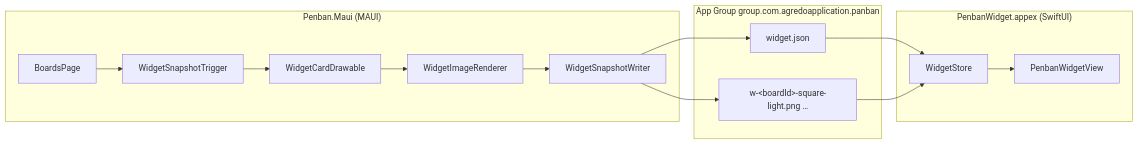
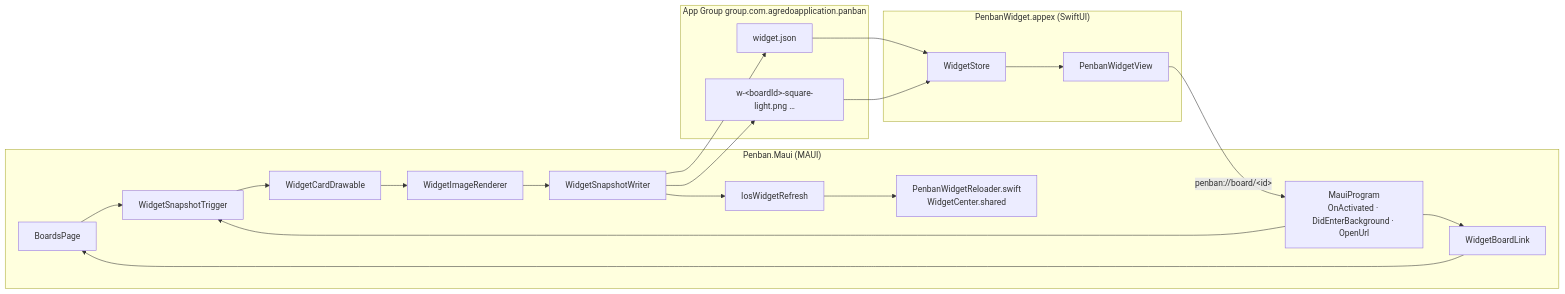
Before and after one commit to Agredo/Penban: the diagram in Penban/Penban.Widget.iOS/README.md, drawn with Mermaid. The commit also changed other lines of this file and 15 other files, not shown here.

````diff
--- a/Penban/Penban.Widget.iOS/README.md
+++ b/Penban/Penban.Widget.iOS/README.md
@@ -9,20 +9,28 @@
 ```mermaid
 flowchart LR
     subgraph App["Penban.Maui (MAUI)"]
-        A[BoardsPage] --> B[WidgetSnapshotTrigger]
+        A[BoardsPage]
+        L["MauiProgram<br/>OnActivated · DidEnterBackground · OpenUrl"]
+        A --> B[WidgetSnapshotTrigger]
+        L --> B
+        L --> U[WidgetBoardLink]
+        U --> A
         B --> C[WidgetCardDrawable]
         C --> D[WidgetImageRenderer]
         D --> E[WidgetSnapshotWriter]
+        E --> R[IosWidgetRefresh]
+        R --> S["PenbanWidgetReloader.swift<br/>WidgetCenter.shared"]
     end
     subgraph Group["App Group group.com.agredoapplication.panban"]
         F[widget.json]
         G["w-&lt;boardId&gt;-square-light.png …"]
     end
     subgraph Ext["PenbanWidget.appex (SwiftUI)"]
         H[WidgetStore] --> I[PenbanWidgetView]
     end
     E --> F
     E --> G
     F --> H
     G --> H
+    I -->|"penban://board/&lt;id&gt;"| L
 ```
````
